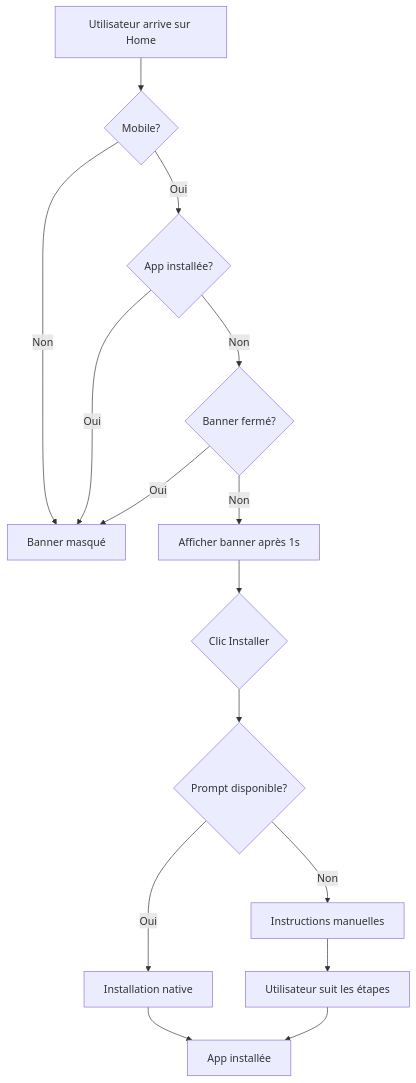
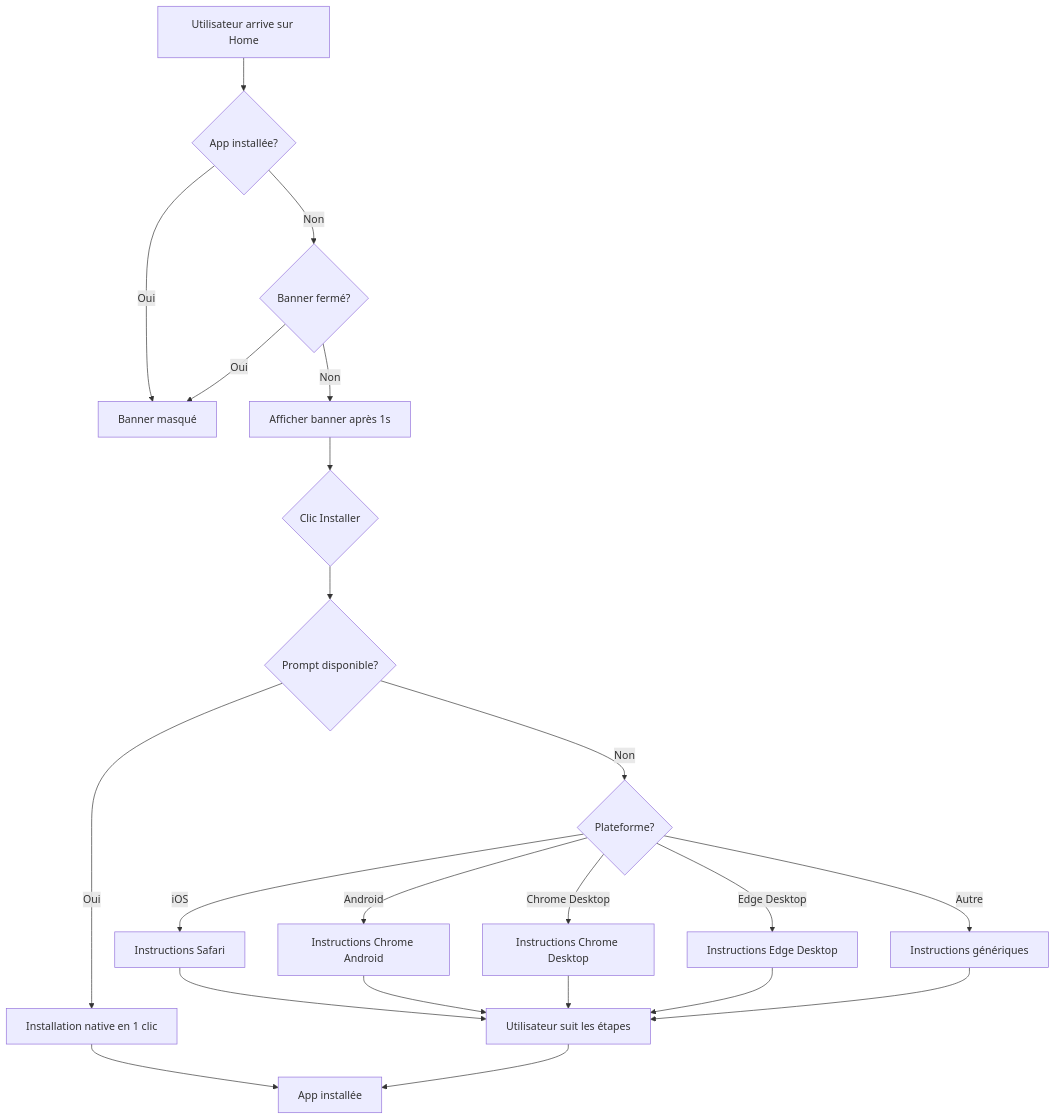
One commit to ayoubterari/entrecoiffeur changed the diagram in PWA_INSTALL_BANNER_IMPROVED.md. Above: the diagram before and after it, drawn with Mermaid. The commit also changed other lines of this file and 12 other files, not shown here.

````diff
--- a/PWA_INSTALL_BANNER_IMPROVED.md
+++ b/PWA_INSTALL_BANNER_IMPROVED.md
@@ -144,17 +146,24 @@
 ```mermaid
 graph TD
-    A[Utilisateur arrive sur Home] --> B{Mobile?}
-    B -->|Non| C[Banner masqué]
-    B -->|Oui| D{App installée?}
+    A[Utilisateur arrive sur Home] --> B{App installée?}
+    B -->|Oui| C[Banner masqué]
+    B -->|Non| D{Banner fermé?}
     D -->|Oui| C
-    D -->|Non| E{Banner fermé?}
-    E -->|Oui| C
-    E -->|Non| F[Afficher banner après 1s]
-    F --> G{Clic Installer}
-    G --> H{Prompt disponible?}
-    H -->|Oui| I[Installation native]
-    H -->|Non| J[Instructions manuelles]
-    I --> K[App installée]
-    J --> L[Utilisateur suit les étapes]
-    L --> K
+    D -->|Non| E[Afficher banner après 1s]
+    E --> F{Clic Installer}
+    F --> G{Prompt disponible?}
+    G -->|Oui| H[Installation native en 1 clic]
+    G -->|Non| I{Plateforme?}
+    I -->|iOS| J[Instructions Safari]
+    I -->|Android| K[Instructions Chrome Android]
+    I -->|Chrome Desktop| L[Instructions Chrome Desktop]
+    I -->|Edge Desktop| M[Instructions Edge Desktop]
+    I -->|Autre| N[Instructions génériques]
+    H --> O[App installée]
+    J --> P[Utilisateur suit les étapes]
+    K --> P
+    L --> P
+    M --> P
+    N --> P
+    P --> O
 ```
````
